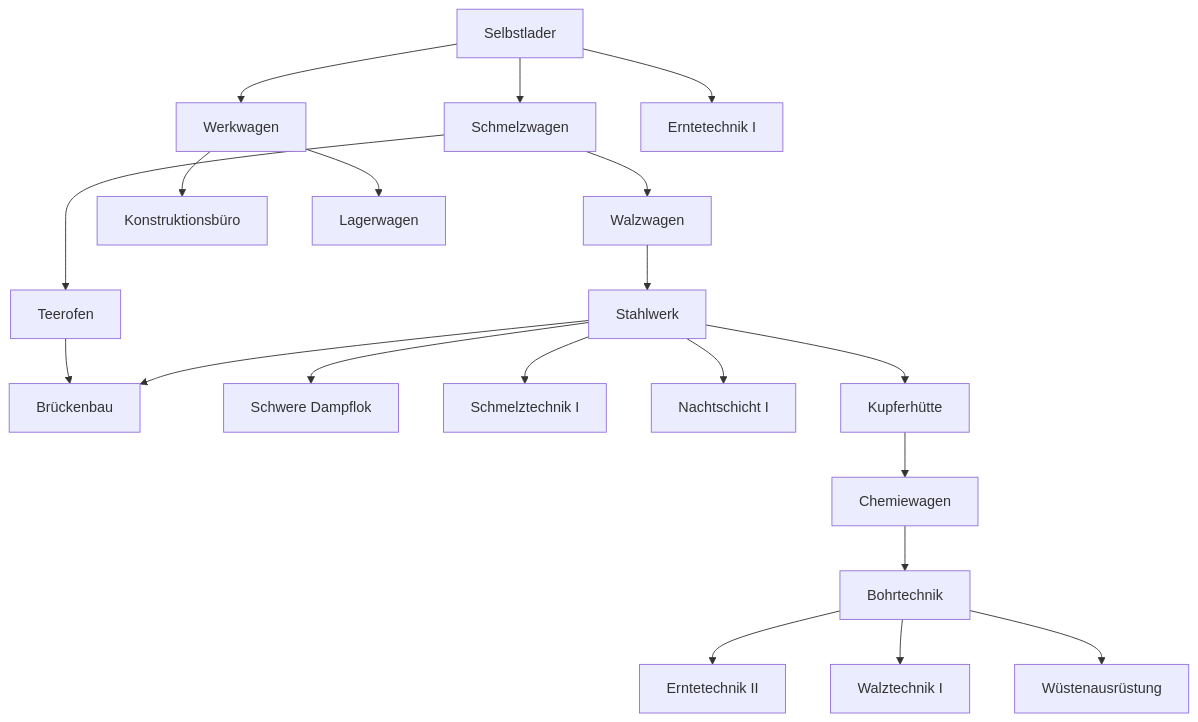
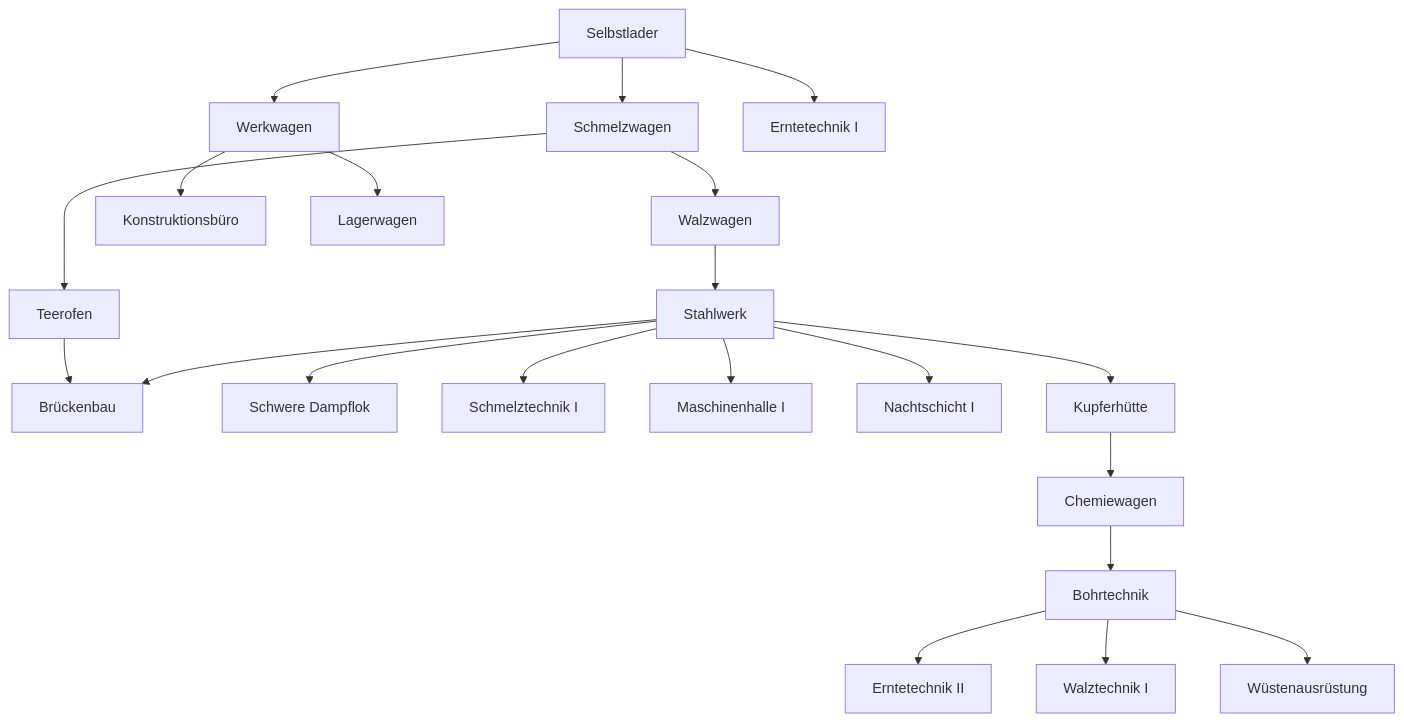
One commit to vonallmenalain/Game changed the second of 2 diagrams in docs/konzept.md. Above: the diagram before and after it, drawn with Mermaid. The commit also changed other lines of this file and 27 other files, not shown here.

````diff
--- a/docs/konzept.md
+++ b/docs/konzept.md
@@ -322,22 +330,23 @@
 ```mermaid
 flowchart TD
   selbstlader["Selbstlader"] --> schmelz["Schmelzwagen"]
   selbstlader --> werk["Werkwagen"]
   selbstlader --> ernte1["Erntetechnik I"]
   schmelz --> walz["Walzwagen"]
   schmelz --> teer["Teerofen"]
   werk --> buero["Konstruktionsbüro"]
   werk --> lager["Lagerwagen"]
   walz --> stahl["Stahlwerk"]
   stahl --> bruecke["Brückenbau"]
   teer --> bruecke
   stahl --> lok2["Schwere Dampflok"]
   stahl --> schmelz1["Schmelztechnik I"]
+  stahl --> halle1["Maschinenhalle I"]
   stahl --> nacht1["Nachtschicht I"]
   stahl --> kupfer["Kupferhütte"]
   kupfer --> chemie["Chemiewagen"]
   chemie --> bohr["Bohrtechnik"]
   bohr --> ernte2["Erntetechnik II"]
   bohr --> walz1["Walztechnik I"]
   bohr --> wueste["Wüstenausrüstung"]
 ```
````
